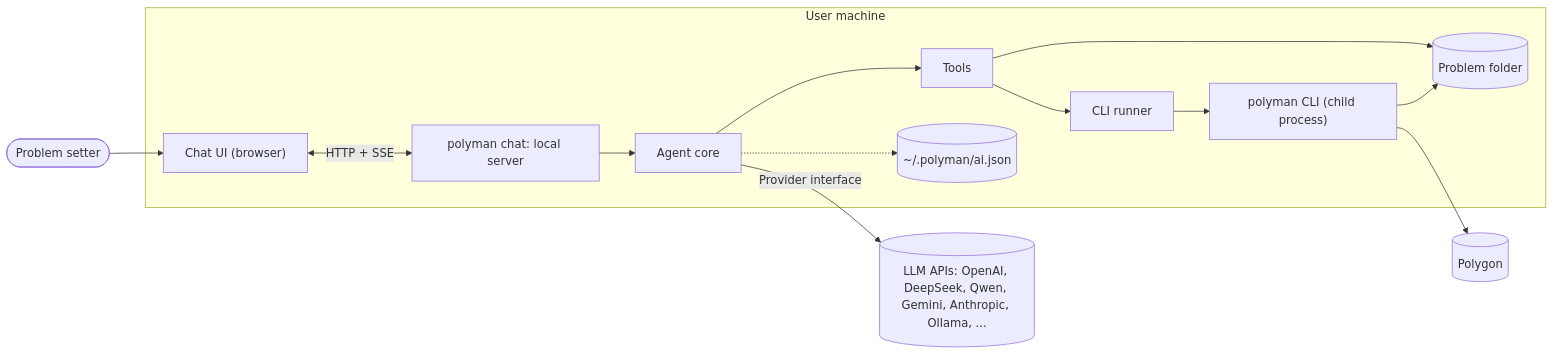
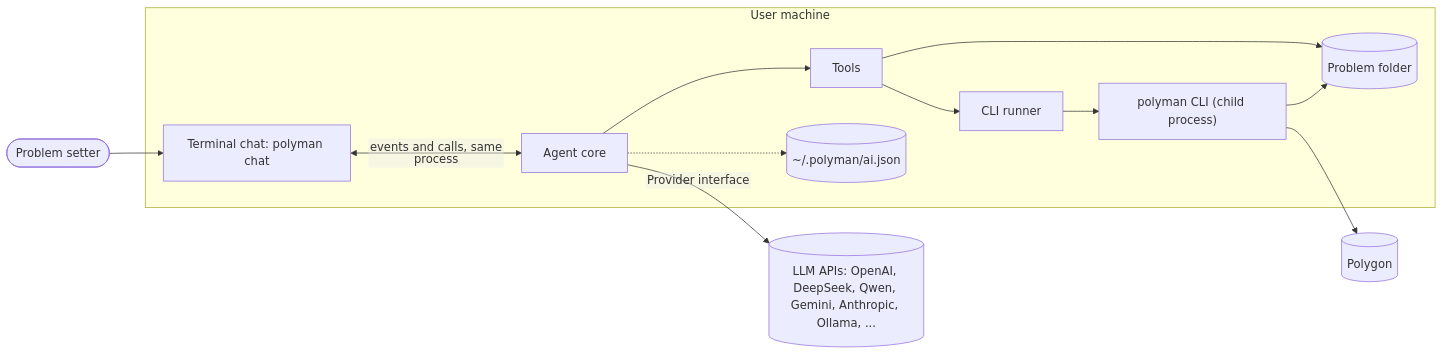
The first of 2 diagrams in design/agent/README.md (Ahmad-Faraj/polyman), drawn with Mermaid before and after one commit. The commit also changed other lines of this file and 9 other files, not shown here.

First line of the commit message:
docs: switch the agent chat to a terminal UI

````diff
--- a/design/agent/README.md
+++ b/design/agent/README.md
@@ -46,27 +46,26 @@
 ```mermaid
+%%{init: {"flowchart": {"htmlLabels": false}} }%%
 flowchart LR
   user(["Problem setter"])
   subgraph pc["User machine"]
-    ui["Chat UI (browser)"]
-    server["polyman chat: local server"]
+    tui["Terminal chat: polyman chat"]
     core["Agent core"]
     tools["Tools"]
     runner["CLI runner"]
     cli["polyman CLI (child process)"]
     files[("Problem folder")]
     keys[("~/.polyman/ai.json")]
   end
   llm[("LLM APIs: OpenAI, DeepSeek, Qwen, Gemini, Anthropic, Ollama, ...")]
   polygon[("Polygon")]
 
-  user --> ui
-  ui <-->|"HTTP + SSE"| server
-  server --> core
+  user --> tui
+  tui <-->|"events and calls, same process"| core
   core -->|"Provider interface"| llm
   core --> tools
   tools --> runner --> cli
   tools --> files
   cli --> files
   cli --> polygon
   core -.-> keys
 ```
````
